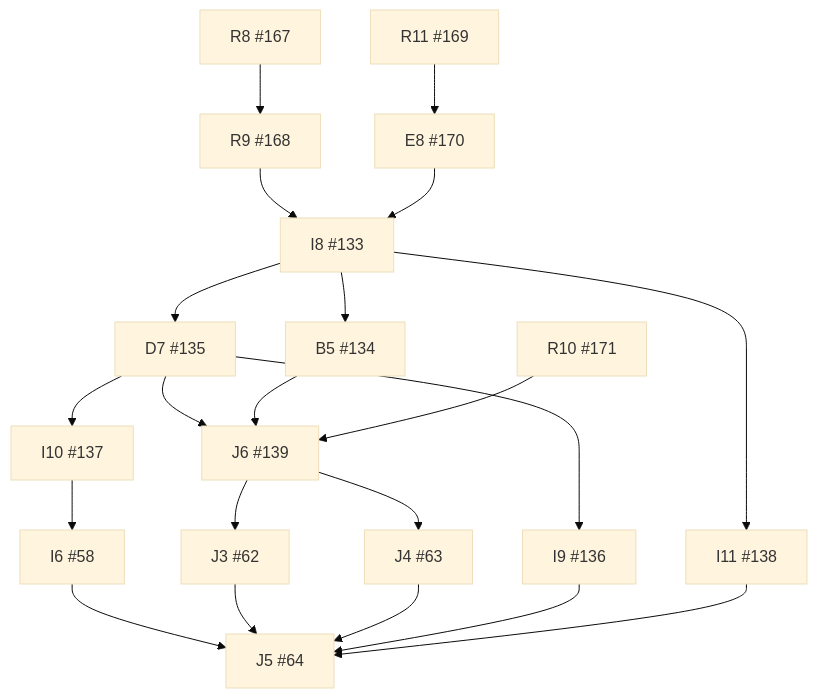
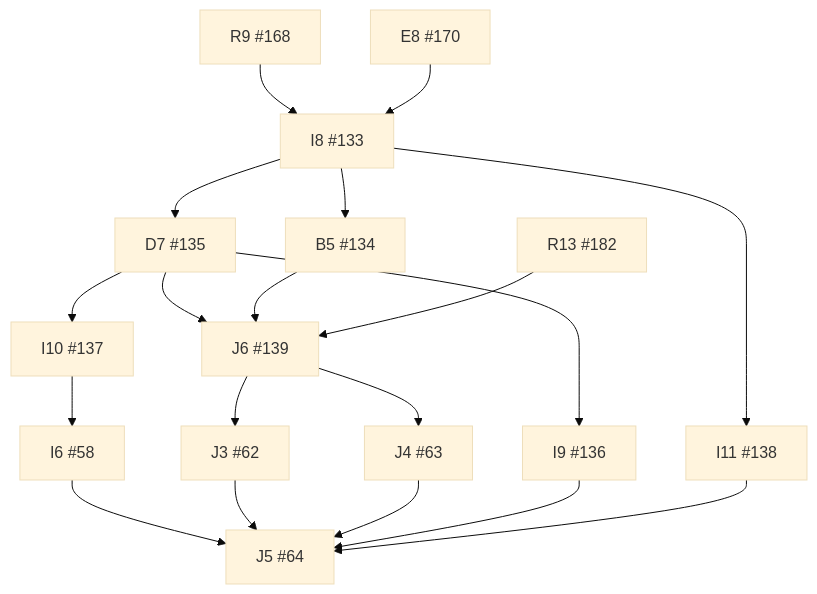
Before and after one commit to wojtekpiskorz/kiero: the diagram in docs/implementation/dependency-graph.md, drawn with Mermaid (base theme). The commit also changed other lines of this file and 6 other files, not shown here.

````diff
--- a/docs/implementation/dependency-graph.md
+++ b/docs/implementation/dependency-graph.md
@@ -9,39 +9,35 @@
 ```mermaid
 flowchart TD
   I6["I6 #58"]
   J3["J3 #62"]
   J4["J4 #63"]
   J5["J5 #64"]
   I8["I8 #133"]
   B5["B5 #134"]
   D7["D7 #135"]
   I9["I9 #136"]
   I10["I10 #137"]
   I11["I11 #138"]
   J6["J6 #139"]
-  R8["R8 #167"]
   R9["R9 #168"]
-  R11["R11 #169"]
   E8["E8 #170"]
-  R10["R10 #171"]
+  R13["R13 #182"]
   I10 --> I6
   J6 --> J3
   J6 --> J4
   I6 --> J5
   J3 --> J5
   J4 --> J5
   I9 --> J5
   I11 --> J5
   R9 --> I8
   E8 --> I8
   I8 --> B5
   I8 --> D7
   D7 --> I9
   D7 --> I10
   I8 --> I11
   D7 --> J6
   B5 --> J6
-  R10 --> J6
-  R8 --> R9
-  R11 --> E8
+  R13 --> J6
 ```
````
